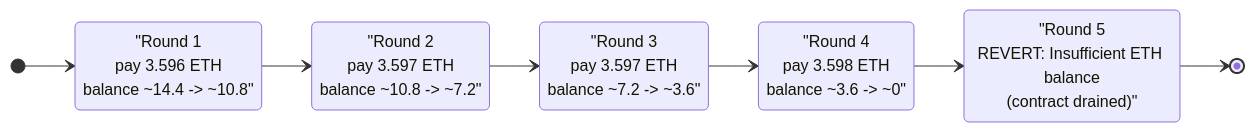
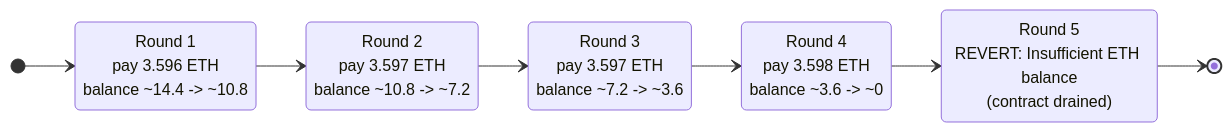
The third of 3 diagrams in 2024-02-Zoomer_exp/Zoomer_exp.md (sanbir/evm-hack-registry), drawn with Mermaid before and after one commit. The commit also changed 280 other files, not shown here.

Commit message:
mermaid fixes

````diff
--- a/2024-02-Zoomer_exp/Zoomer_exp.md
+++ b/2024-02-Zoomer_exp/Zoomer_exp.md
@@ -308,15 +308,15 @@
 ```mermaid
 stateDiagram-v2
     direction LR
     [*] --> Round1
-    Round1: "Round 1<br/>pay 3.596 ETH<br/>balance ~14.4 -> ~10.8"
-    Round2: "Round 2<br/>pay 3.597 ETH<br/>balance ~10.8 -> ~7.2"
-    Round3: "Round 3<br/>pay 3.597 ETH<br/>balance ~7.2 -> ~3.6"
-    Round4: "Round 4<br/>pay 3.598 ETH<br/>balance ~3.6 -> ~0"
-    Round5: "Round 5<br/>REVERT: Insufficient ETH balance<br/>(contract drained)"
+    Round1: Round 1<br/>pay 3.596 ETH<br/>balance ~14.4 -> ~10.8
+    Round2: Round 2<br/>pay 3.597 ETH<br/>balance ~10.8 -> ~7.2
+    Round3: Round 3<br/>pay 3.597 ETH<br/>balance ~7.2 -> ~3.6
+    Round4: Round 4<br/>pay 3.598 ETH<br/>balance ~3.6 -> ~0
+    Round5: Round 5<br/>REVERT#58; Insufficient ETH balance<br/>(contract drained)
     Round1 --> Round2
     Round2 --> Round3
     Round3 --> Round4
     Round4 --> Round5
     Round5 --> [*]
 ```
````
